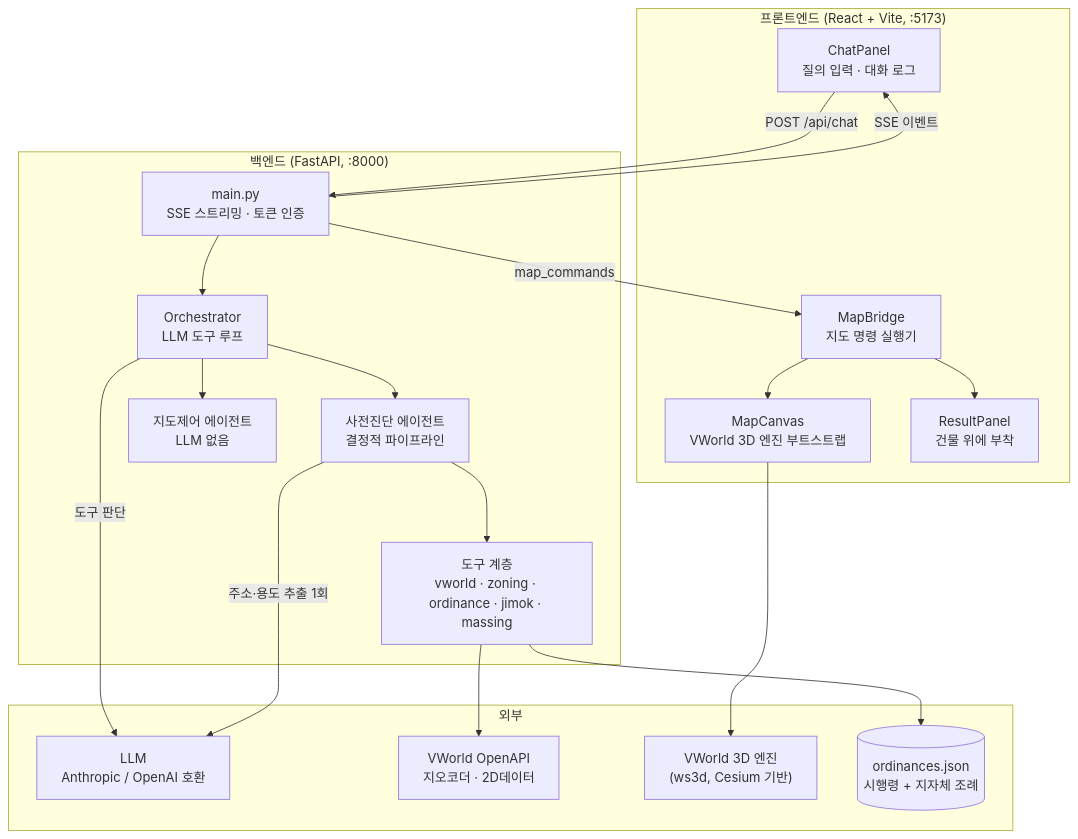
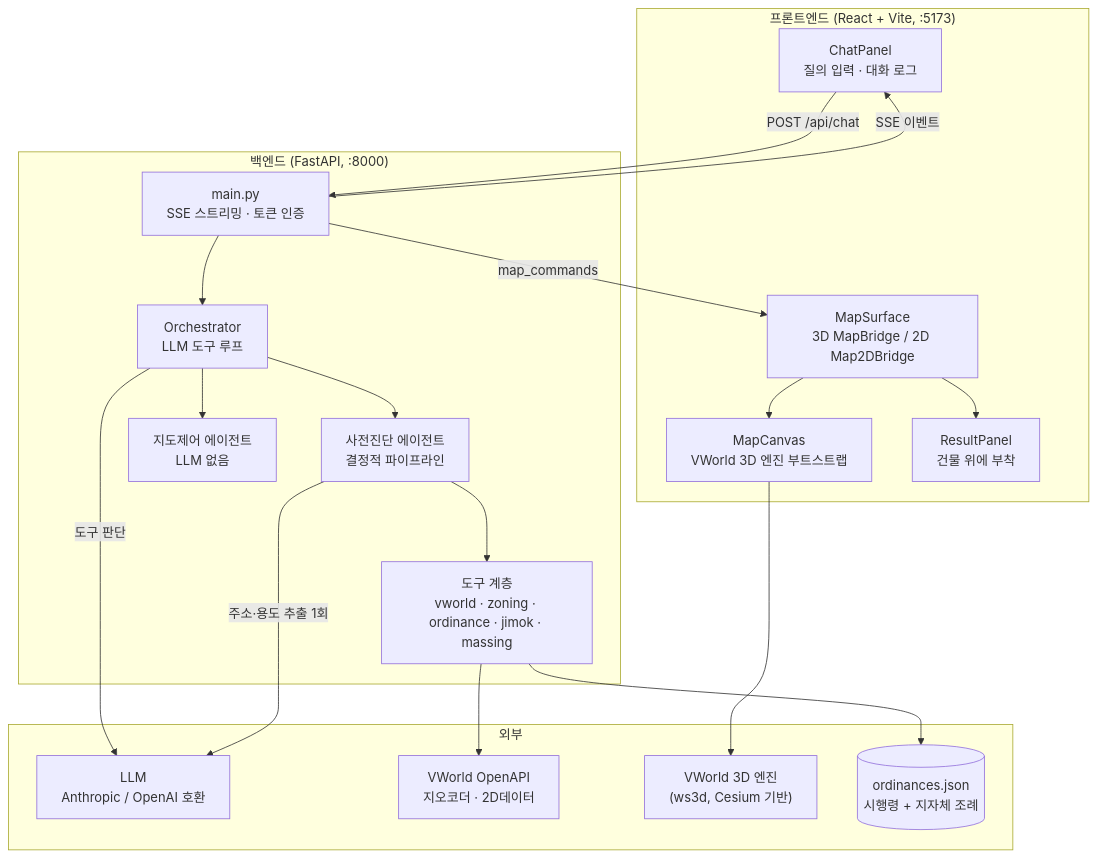
Before and after one commit to madlrengg100/permit-copilot: the first of 3 diagrams in docs/ARCHITECTURE.md, drawn with Mermaid. The commit also changed other lines of this file and 3 other files, not shown here.

First line of the commit message:
docs: 지도 표면은 MapSurface 하나만 본다는 규칙과 2D 폴백을 기록한다

````diff
--- a/docs/ARCHITECTURE.md
+++ b/docs/ARCHITECTURE.md
@@ -25,39 +25,39 @@
 ```mermaid
 flowchart TB
     subgraph FE["프론트엔드 (React + Vite, :5173)"]
         CP["ChatPanel<br/>질의 입력 · 대화 로그"]
         MC["MapCanvas<br/>VWorld 3D 엔진 부트스트랩"]
-        MB["MapBridge<br/>지도 명령 실행기"]
+        MB["MapSurface<br/>3D MapBridge / 2D Map2DBridge"]
         RP["ResultPanel<br/>건물 위에 부착"]
     end
 
     subgraph BE["백엔드 (FastAPI, :8000)"]
         API["main.py<br/>SSE 스트리밍 · 토큰 인증"]
         ORCH["Orchestrator<br/>LLM 도구 루프"]
         PRE["사전진단 에이전트<br/>결정적 파이프라인"]
         MAP["지도제어 에이전트<br/>LLM 없음"]
         TOOLS["도구 계층<br/>vworld · zoning · ordinance · jimok · massing"]
     end
 
     subgraph EXT["외부"]
         LLM["LLM<br/>Anthropic / OpenAI 호환"]
         VW["VWorld OpenAPI<br/>지오코더 · 2D데이터"]
         VW3D["VWorld 3D 엔진<br/>(ws3d, Cesium 기반)"]
         ORD[("ordinances.json<br/>시행령 + 지자체 조례")]
     end
 
     CP -->|"POST /api/chat"| API
     API --> ORCH
     ORCH -->|"도구 판단"| LLM
     ORCH --> PRE
     ORCH --> MAP
     PRE --> TOOLS
     PRE -->|"주소·용도 추출 1회"| LLM
     TOOLS --> VW
     TOOLS --> ORD
     API -->|"SSE 이벤트"| CP
     API -->|"map_commands"| MB
     MB --> MC
     MC --> VW3D
     MB --> RP
 ```
````
